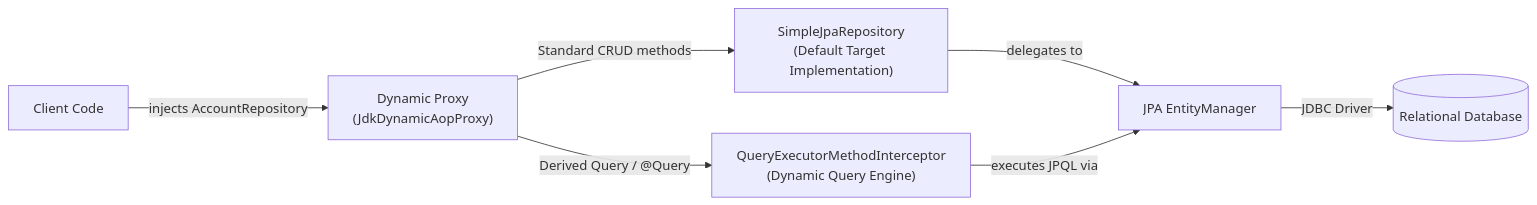
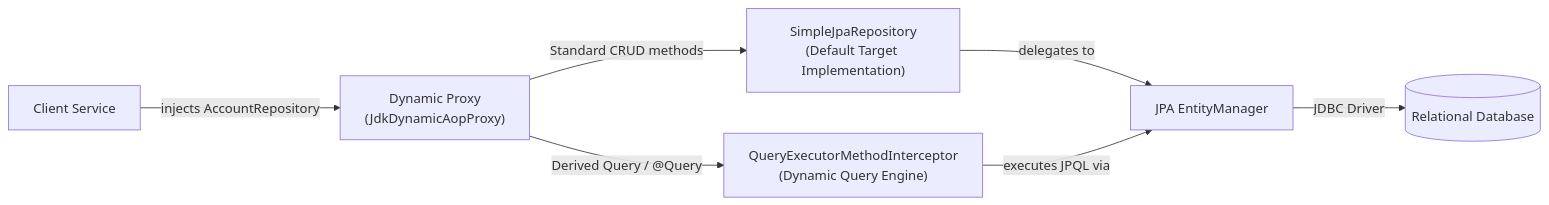
Before and after one commit to MKFarag/SOA-Java-Handbook: the first of 2 diagrams in content/part3-spring/95-spring-data-jpa-architecture-repository-hierarchy-jparepository.md, drawn with Mermaid. The commit also changed other lines of this file and 186 other files, not shown here.

````diff
--- a/content/part3-spring/95-spring-data-jpa-architecture-repository-hierarchy-jparepository.md
+++ b/content/part3-spring/95-spring-data-jpa-architecture-repository-hierarchy-jparepository.md
@@ -67,9 +38,9 @@
 ```mermaid
 flowchart LR
-    A["Client Code"] -->|"injects AccountRepository"| B["Dynamic Proxy\n(JdkDynamicAopProxy)"]
+    A["Client Service"] -->|"injects AccountRepository"| B["Dynamic Proxy\n(JdkDynamicAopProxy)"]
     B -->|"Standard CRUD methods"| C["SimpleJpaRepository\n(Default Target Implementation)"]
     B -->|"Derived Query / @Query"| D["QueryExecutorMethodInterceptor\n(Dynamic Query Engine)"]
     C -->|"delegates to"| E["JPA EntityManager"]
     D -->|"executes JPQL via"| E
     E -->|"JDBC Driver"| F[("Relational Database")]
 ```
````
